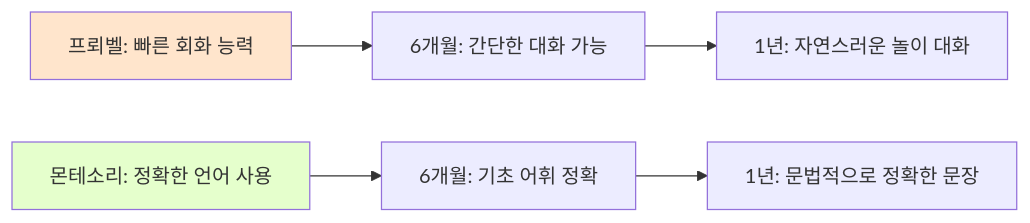
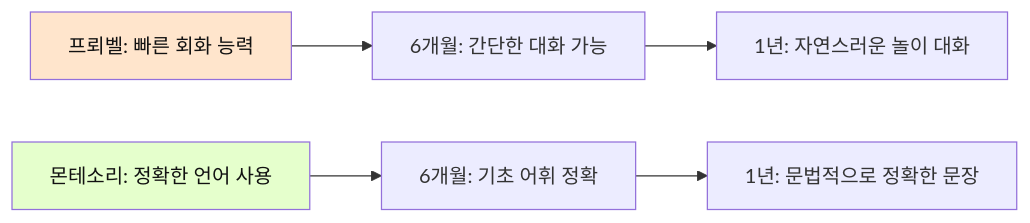
Diagram 12 of 45 in 영어/(영어_중요성)_유아_영어교육_파닉스_동요_방법론.md (Collegenie-X/froebel), drawn with Mermaid before and after one commit. The commit also changed other lines of this file and 13 other files, not shown here.

````diff
--- a/영어/(영어_중요성)_유아_영어교육_파닉스_동요_방법론.md
+++ b/영어/(영어_중요성)_유아_영어교육_파닉스_동요_방법론.md
@@ -363,11 +363,11 @@
 ```mermaid
 graph LR
     A[프뢰벨: 빠른 회화 능력] --> B[6개월: 간단한 대화 가능]
     B --> C[1년: 자연스러운 놀이 대화]
     
     D[몬테소리: 정확한 언어 사용] --> E[6개월: 기초 어휘 정확]
     E --> F[1년: 문법적으로 정확한 문장]
     
-    style A fill:#FFE5CC
-    style D fill:#E5FFCC
+    style A fill:#FFE5CC,color:#111
+    style D fill:#E5FFCC,color:#111
 ```
````
